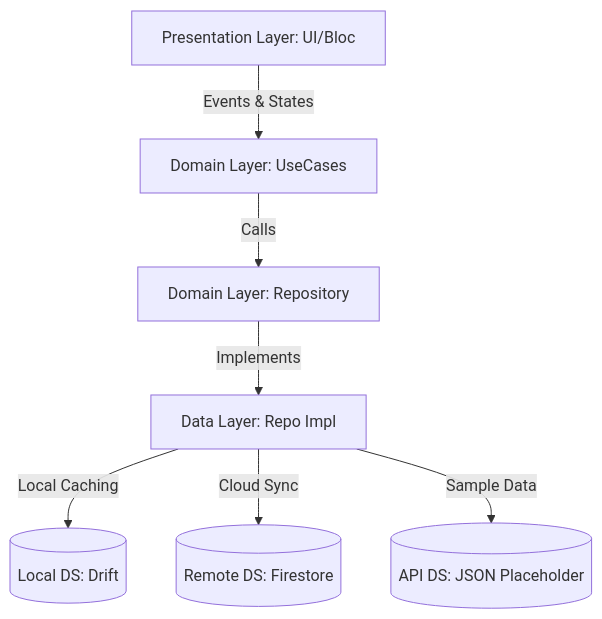
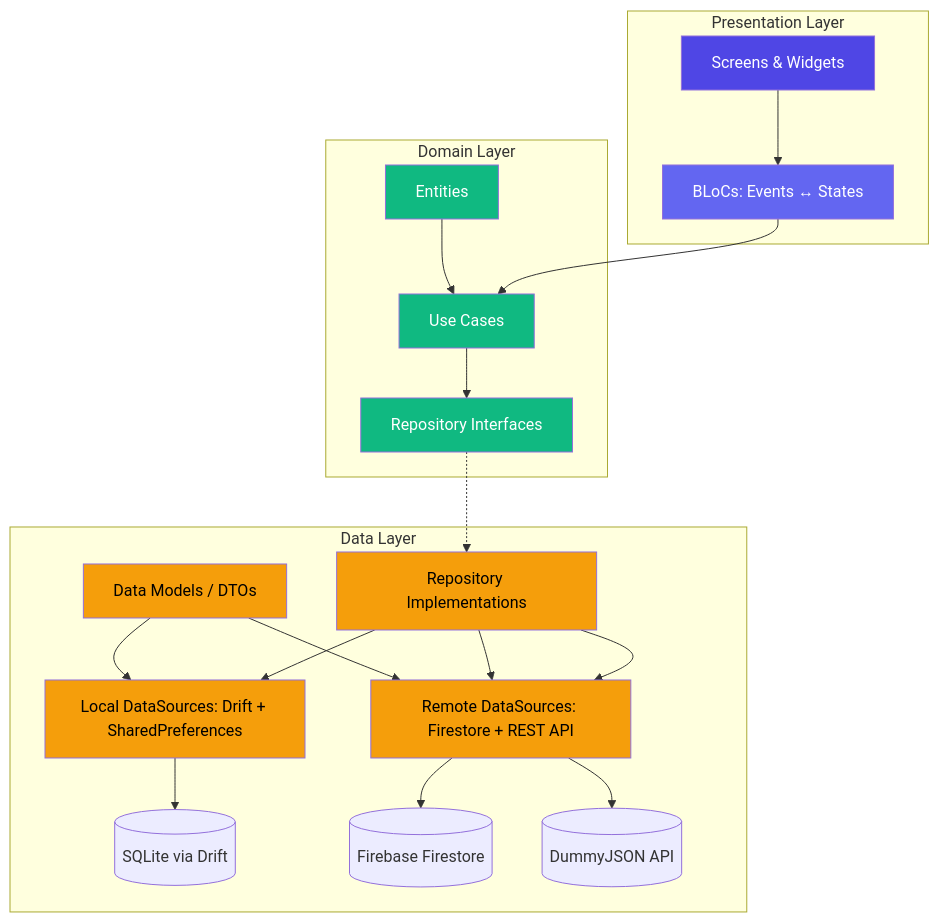
Before and after one commit to sweezyxxx/Taskly: the first of 2 diagrams in README.md, drawn with Mermaid. The commit also changed other lines of this file and 1 other file, not shown here.

````diff
--- a/README.md
+++ b/README.md
@@ -18,9 +92,44 @@
 ```mermaid
 graph TD
-    UI[Presentation Layer: UI/Bloc] -->|Events & States| Usecases[Domain Layer: UseCases]
-    Usecases -->|Calls| Repo[Domain Layer: Repository]
-    Repo -->|Implements| RepoImpl[Data Layer: Repo Impl]
-    RepoImpl -->|Local Caching| LocalDS[(Local DS: Drift)]
-    RepoImpl -->|Cloud Sync| RemoteDS[(Remote DS: Firestore)]
-    RepoImpl -->|Sample Data| ApiDS[(API DS: JSON Placeholder)]
+    subgraph Presentation Layer
+        UI[Screens & Widgets]
+        BLoC[BLoCs: Events ↔ States]
+    end
+
+    subgraph Domain Layer
+        UC[Use Cases]
+        Repo[Repository Interfaces]
+        Entity[Entities]
+    end
+
+    subgraph Data Layer
+        RepoImpl[Repository Implementations]
+        LocalDS[Local DataSources: Drift + SharedPreferences]
+        RemoteDS[Remote DataSources: Firestore + REST API]
+        Models[Data Models / DTOs]
+        DB[(SQLite via Drift)]
+        Cloud[(Firebase Firestore)]
+        API[(DummyJSON API)]
+    end
+
+    UI --> BLoC
+    BLoC --> UC
+    UC --> Repo
+    Repo -.-> RepoImpl
+    RepoImpl --> LocalDS --> DB
+    RepoImpl --> RemoteDS --> Cloud
+    RepoImpl --> RemoteDS --> API
+    Models --> LocalDS
+    Models --> RemoteDS
+    Entity --> UC
+
+    style UI fill:#4F46E5,color:#fff
+    style BLoC fill:#6366F1,color:#fff
+    style UC fill:#10B981,color:#fff
+    style Repo fill:#10B981,color:#fff
+    style Entity fill:#10B981,color:#fff
+    style RepoImpl fill:#F59E0B,color:#000
+    style LocalDS fill:#F59E0B,color:#000
+    style RemoteDS fill:#F59E0B,color:#000
+    style Models fill:#F59E0B,color:#000
 ```
````
